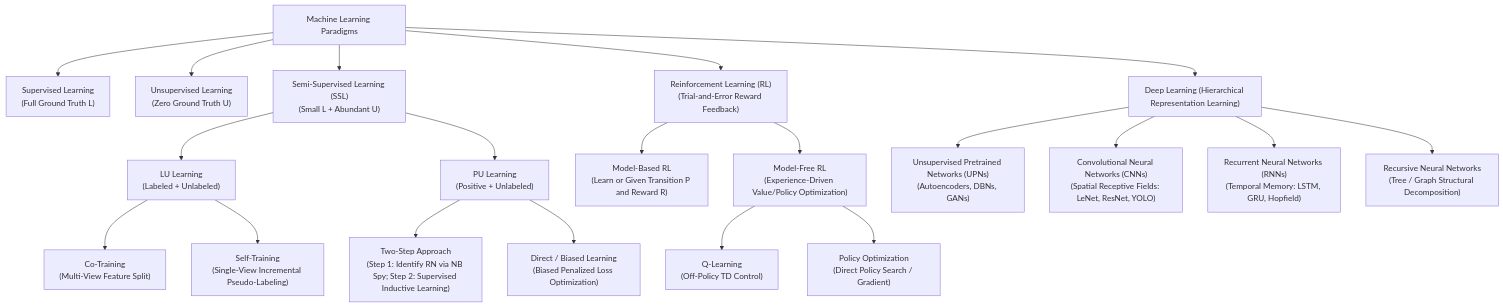
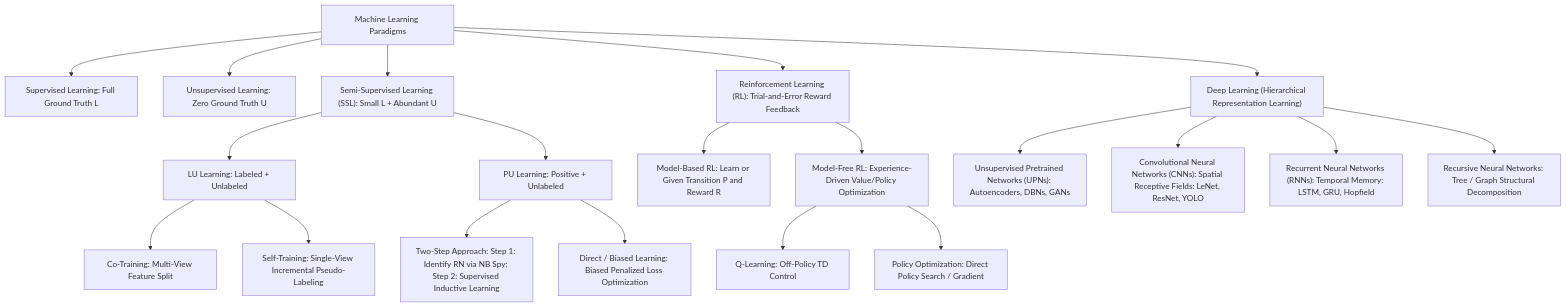
The first of 14 diagrams in notes/machine_learning/ssl_rl_and_intro_to_deep_learning.md (DeepLumiere/DeepSkills), drawn with Mermaid before and after one commit. The commit also changed other lines of this file and 56 other files, not shown here.

````diff
--- a/notes/machine_learning/ssl_rl_and_intro_to_deep_learning.md
+++ b/notes/machine_learning/ssl_rl_and_intro_to_deep_learning.md
@@ -16,27 +16,27 @@
 ```mermaid
 graph TD
-    A["Machine Learning Paradigms"] --> B["Supervised Learning<br/>(Full Ground Truth L)"]
-    A --> C["Unsupervised Learning<br/>(Zero Ground Truth U)"]
-    A --> D["Semi-Supervised Learning (SSL)<br/>(Small L + Abundant U)"]
-    A --> E["Reinforcement Learning (RL)<br/>(Trial-and-Error Reward Feedback)"]
+    A["Machine Learning Paradigms"] --> B["Supervised Learning: Full Ground Truth L"]
+    A --> C["Unsupervised Learning: Zero Ground Truth U"]
+    A --> D["Semi-Supervised Learning (SSL): Small L + Abundant U"]
+    A --> E["Reinforcement Learning (RL): Trial-and-Error Reward Feedback"]
 
-    D --> D1["LU Learning<br/>(Labeled + Unlabeled)"]
-    D --> D2["PU Learning<br/>(Positive + Unlabeled)"]
+    D --> D1["LU Learning: Labeled + Unlabeled"]
+    D --> D2["PU Learning: Positive + Unlabeled"]
 
-    D1 --> D1a["Co-Training<br/>(Multi-View Feature Split)"]
-    D1 --> D1b["Self-Training<br/>(Single-View Incremental Pseudo-Labeling)"]
+    D1 --> D1a["Co-Training: Multi-View Feature Split"]
+    D1 --> D1b["Self-Training: Single-View Incremental Pseudo-Labeling"]
 
-    D2 --> D2a["Two-Step Approach<br/>(Step 1: Identify RN via NB Spy; Step 2: Supervised Inductive Learning)"]
-    D2 --> D2b["Direct / Biased Learning<br/>(Biased Penalized Loss Optimization)"]
+    D2 --> D2a["Two-Step Approach: Step 1: Identify RN via NB Spy; Step 2: Supervised Inductive Learning"]
+    D2 --> D2b["Direct / Biased Learning: Biased Penalized Loss Optimization"]
 
-    E --> E1["Model-Based RL<br/>(Learn or Given Transition P and Reward R)"]
-    E --> E2["Model-Free RL<br/>(Experience-Driven Value/Policy Optimization)"]
-    E2 --> E2a["Q-Learning<br/>(Off-Policy TD Control)"]
-    E2 --> E2b["Policy Optimization<br/>(Direct Policy Search / Gradient)"]
+    E --> E1["Model-Based RL: Learn or Given Transition P and Reward R"]
+    E --> E2["Model-Free RL: Experience-Driven Value/Policy Optimization"]
+    E2 --> E2a["Q-Learning: Off-Policy TD Control"]
+    E2 --> E2b["Policy Optimization: Direct Policy Search / Gradient"]
 
     A --> F["Deep Learning (Hierarchical Representation Learning)"]
-    F --> F1["Unsupervised Pretrained Networks (UPNs)<br/>(Autoencoders, DBNs, GANs)"]
-    F --> F2["Convolutional Neural Networks (CNNs)<br/>(Spatial Receptive Fields: LeNet, ResNet, YOLO)"]
-    F --> F3["Recurrent Neural Networks (RNNs)<br/>(Temporal Memory: LSTM, GRU, Hopfield)"]
-    F --> F4["Recursive Neural Networks<br/>(Tree / Graph Structural Decomposition)"]
+    F --> F1["Unsupervised Pretrained Networks (UPNs): Autoencoders, DBNs, GANs"]
+    F --> F2["Convolutional Neural Networks (CNNs): Spatial Receptive Fields: LeNet, ResNet, YOLO"]
+    F --> F3["Recurrent Neural Networks (RNNs): Temporal Memory: LSTM, GRU, Hopfield"]
+    F --> F4["Recursive Neural Networks: Tree / Graph Structural Decomposition"]
 ```
````
